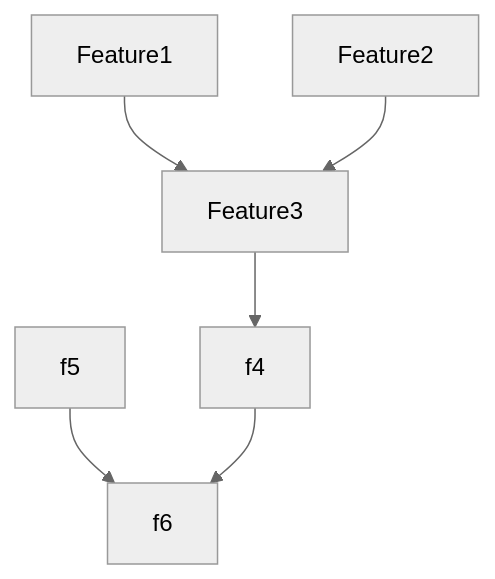
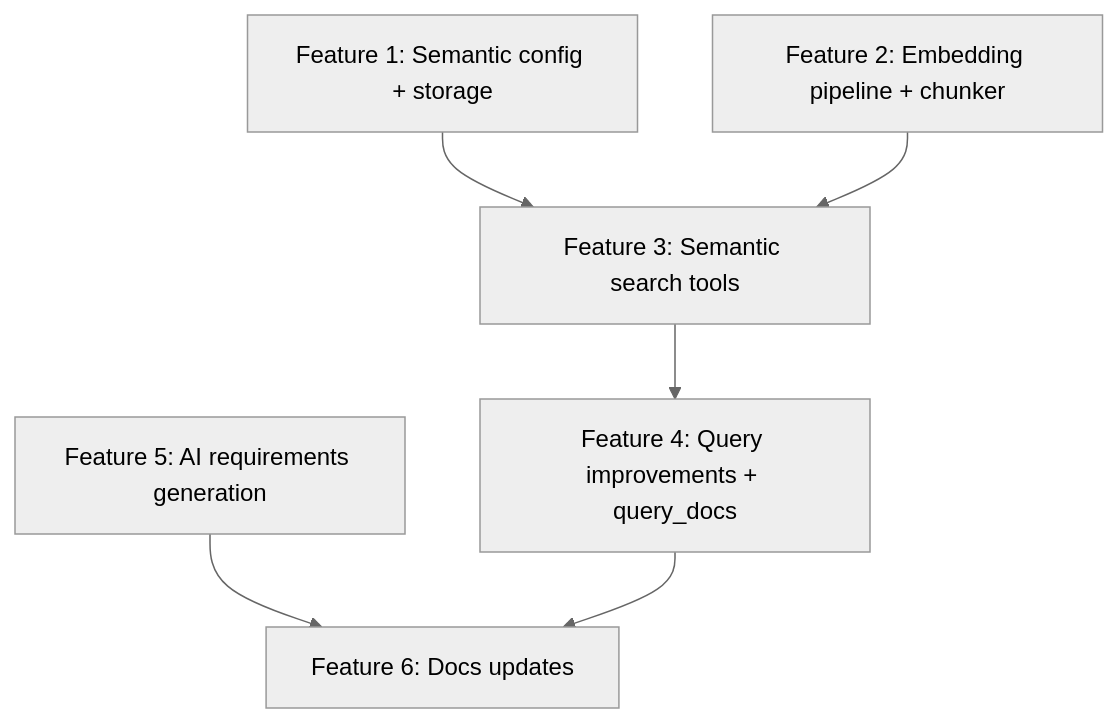
Before and after one commit to paulbreuler/limps: the diagram in plans/0041-limps-improvements/README.md, drawn with Mermaid (neutral theme). The commit also changed 9 other files, not shown here.

````diff
--- a/plans/0041-limps-improvements/README.md
+++ b/plans/0041-limps-improvements/README.md
@@ -16,8 +16,8 @@
 ```mermaid
 flowchart TD
-  f1[Feature1] --> f3[Feature3]
-  f2[Feature2] --> f3
-  f3 --> f4
-  f5 --> f6
+  f1[Feature 1: Semantic config + storage] --> f3[Feature 3: Semantic search tools]
+  f2[Feature 2: Embedding pipeline + chunker] --> f3
+  f3 --> f4[Feature 4: Query improvements + query_docs]
+  f5[Feature 5: AI requirements generation] --> f6[Feature 6: Docs updates]
   f4 --> f6
 ```
````
